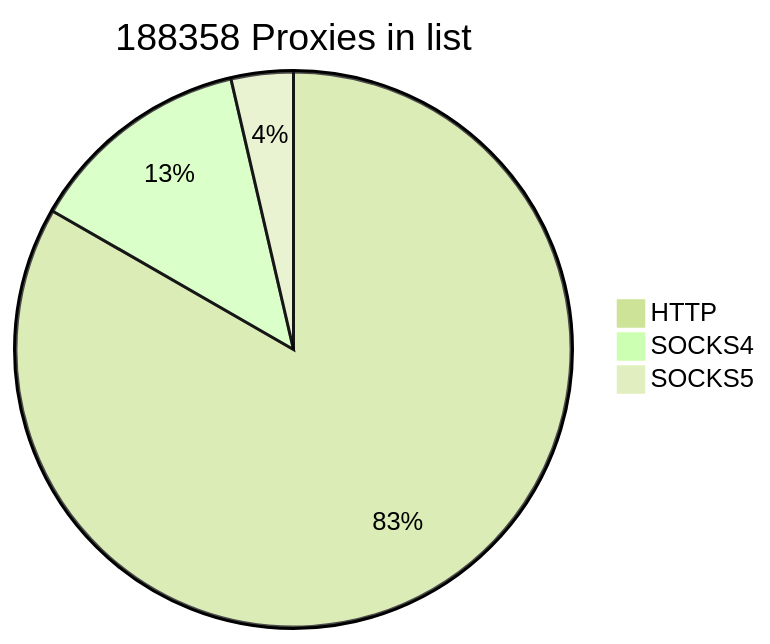
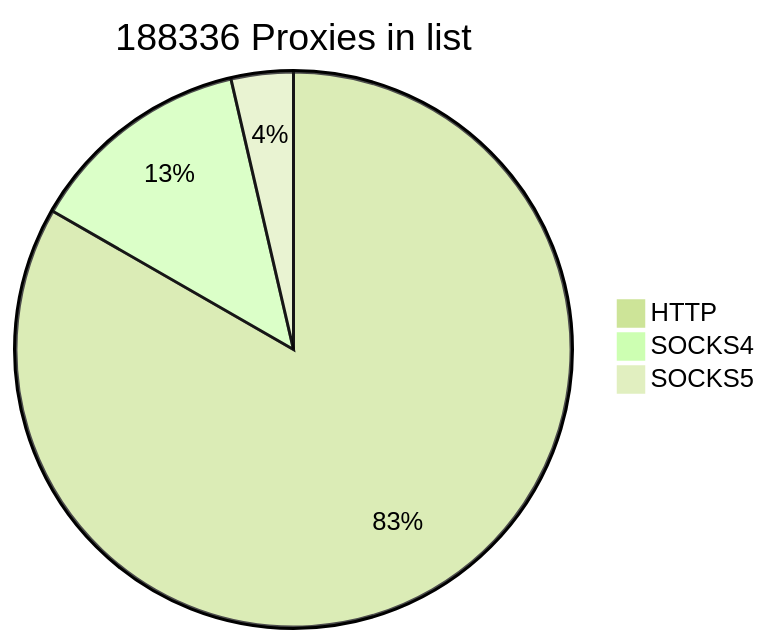
The first of 2 diagrams in README.md (cutipu/proxylist), drawn with Mermaid (forest theme) before and after one commit. The commit also changed other lines of this file, not shown here.

````diff
--- a/README.md
+++ b/README.md
@@ -2,7 +2,7 @@
 ```mermaid
-pie title 188358 Proxies in list
-    "HTTP" : 156910
+pie title 188336 Proxies in list
+    "HTTP" : 156888
     "SOCKS4" : 24637
     "SOCKS5" : 6811
             
 ```
````
